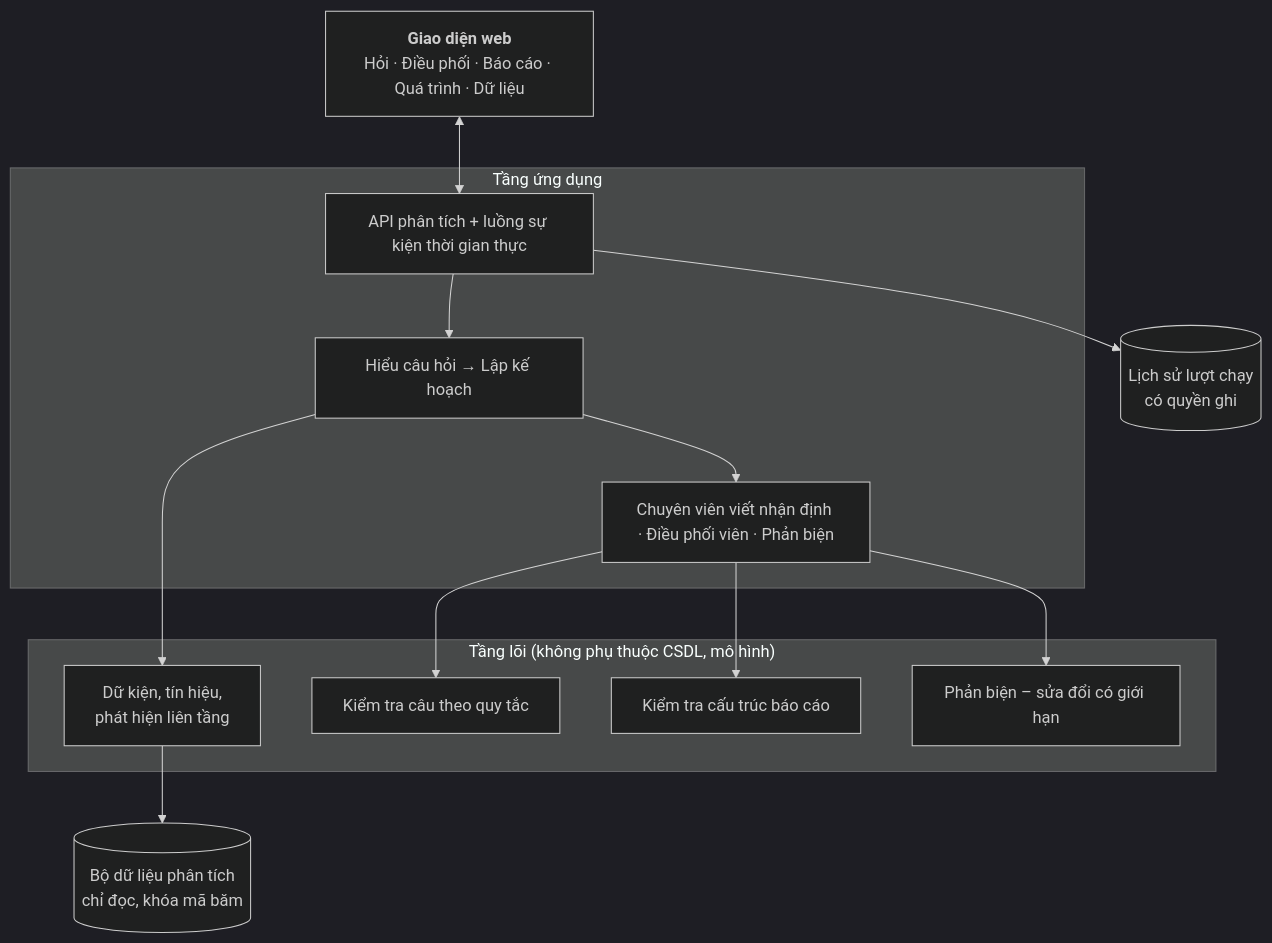
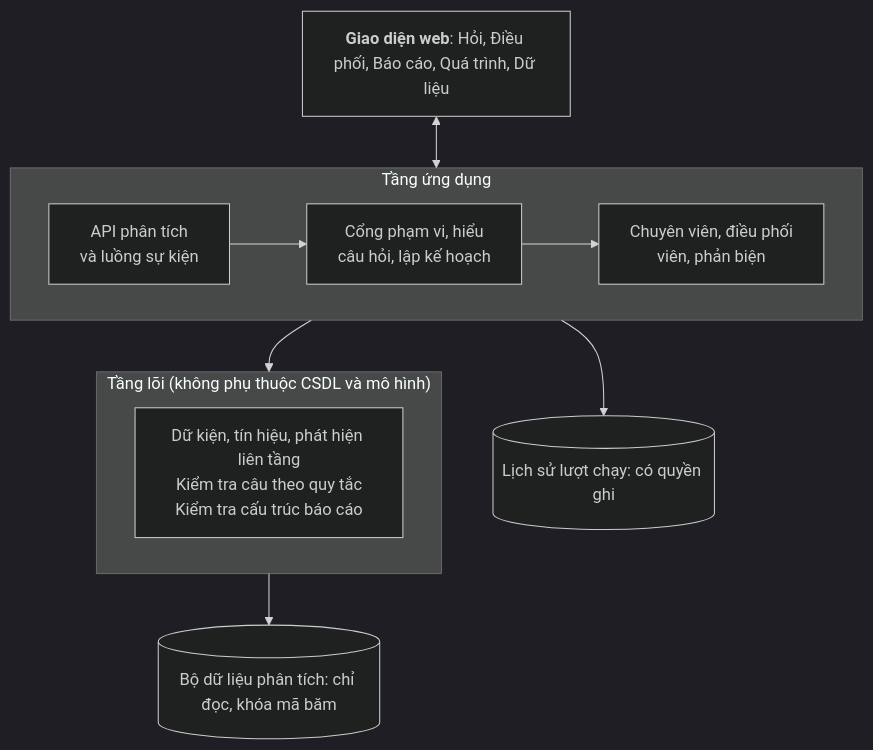
One commit to thaicuong576/final-thesis changed the diagram in docs/thesis-v2/figures/hinh-4-1-kien-truc-phan-tang.mmd. Above: the diagram before and after it, drawn with Mermaid (dark theme). The commit also changed 16 other files, not shown here.

First line of the commit message:
docs(thesis): [FIG] monochrome diagrams and plain charts (#164)

```diff
--- a/docs/thesis-v2/figures/hinh-4-1-kien-truc-phan-tang.mmd
+++ b/docs/thesis-v2/figures/hinh-4-1-kien-truc-phan-tang.mmd
@@ -1,23 +1,18 @@
 flowchart TB
-    UI["<b>Giao diện web</b><br/>Hỏi · Điều phối · Báo cáo · Quá trình · Dữ liệu"]
+    UI["<b>Giao diện web</b>: Hỏi, Điều phối, Báo cáo, Quá trình, Dữ liệu"]
     subgraph App ["Tầng ứng dụng"]
-        API["API phân tích + luồng sự kiện thời gian thực"]
-        QP["Hiểu câu hỏi → Lập kế hoạch"]
-        AG["Chuyên viên viết nhận định · Điều phối viên · Phản biện"]
+        direction LR
+        API["API phân tích<br/>và luồng sự kiện"]
+        GATE["Cổng phạm vi, hiểu<br/>câu hỏi, lập kế hoạch"]
+        AG["Chuyên viên, điều phối<br/>viên, phản biện"]
+        API --> GATE --> AG
     end
-    subgraph Core ["Tầng lõi (không phụ thuộc CSDL, mô hình)"]
-        F["Dữ kiện, tín hiệu,<br/>phát hiện liên tầng"]
-        V["Kiểm tra câu theo quy tắc"]
-        S["Kiểm tra cấu trúc báo cáo"]
-        R["Phản biện – sửa đổi có giới hạn"]
+    subgraph Core ["Tầng lõi (không phụ thuộc CSDL và mô hình)"]
+        CORE["Dữ kiện, tín hiệu, phát hiện liên tầng<br/>Kiểm tra câu theo quy tắc<br/>Kiểm tra cấu trúc báo cáo"]
     end
-    DB[("Bộ dữ liệu phân tích<br/>chỉ đọc, khóa mã băm")]
-    RUNS[("Lịch sử lượt chạy<br/>có quyền ghi")]
-    UI <--> API
-    API --> QP --> AG
-    QP --> F
-    AG --> V
-    AG --> S
-    AG --> R
-    F --> DB
-    API --> RUNS
+    DB[("Bộ dữ liệu phân tích: chỉ đọc, khóa mã băm")]
+    RUNS[("Lịch sử lượt chạy: có quyền ghi")]
+    UI <--> App
+    App --> Core
+    Core --> DB
+    App --> RUNS
```
